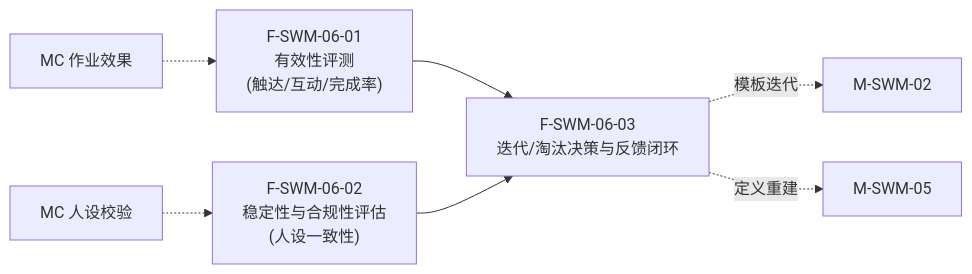
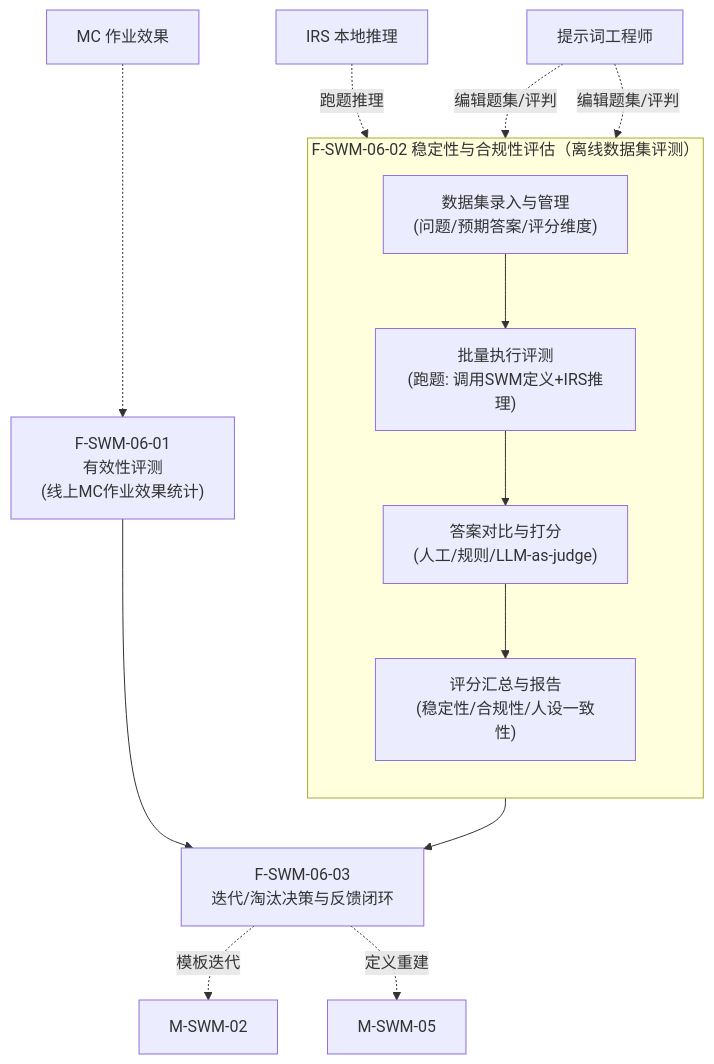
Before and after one commit to Sj-g/obsidian: diagram 27 of 47 in 公司项目/认知作战/文档/软件概要设计-架构图.md, drawn with Mermaid. The commit also changed other lines of this file and 1 other file, not shown here.

Commit message:
vault backup: 2026-07-09 16:15:36

````diff
--- a/公司项目/认知作战/文档/软件概要设计-架构图.md
+++ b/公司项目/认知作战/文档/软件概要设计-架构图.md
@@ -594,13 +596,22 @@
 ```mermaid
-flowchart LR
-    F0601["F-SWM-06-01<br/>有效性评测<br/>(触达/互动/完成率)"]
-    F0602["F-SWM-06-02<br/>稳定性与合规性评估<br/>(人设一致性)"]
+flowchart TB
+    subgraph F0602_detail["F-SWM-06-02 稳定性与合规性评估（离线数据集评测）"]
+        direction TB
+        D1["数据集录入与管理<br/>(问题/预期答案/评分维度)"]
+        D2["批量执行评测<br/>(跑题: 调用SWM定义+IRS推理)"]
+        D3["答案对比与打分<br/>(人工/规则/LLM-as-judge)"]
+        D4["评分汇总与报告<br/>(稳定性/合规性/人设一致性)"]
+        D1 --> D2 --> D3 --> D4
+    end
+
+    F0601["F-SWM-06-01<br/>有效性评测<br/>(线上MC作业效果统计)"]
     F0603["F-SWM-06-03<br/>迭代/淘汰决策与反馈闭环"]
 
     F0601 --> F0603
-    F0602 --> F0603
+    F0602_detail --> F0603
     F0603 -.->|"模板迭代"| EXT["M-SWM-02"]
     F0603 -.->|"定义重建"| EXT2["M-SWM-05"]
     MC1["MC 作业效果"] -.-> F0601
-    MC2["MC 人设校验"] -.-> F0602
+    IRS["IRS 本地推理"] -.->|"跑题推理"| D2
+    ENG["提示词工程师"] -.->|"编辑题集/评判"| D1 & D3
 ```
````
